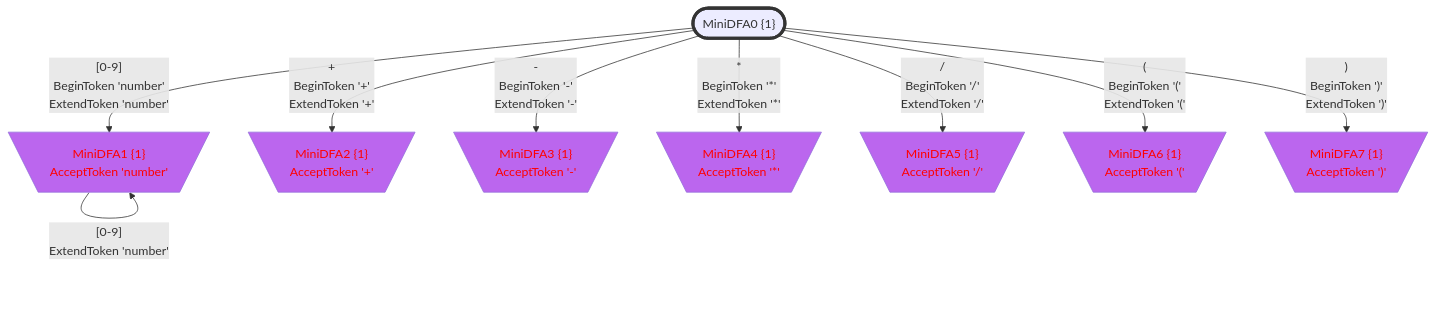
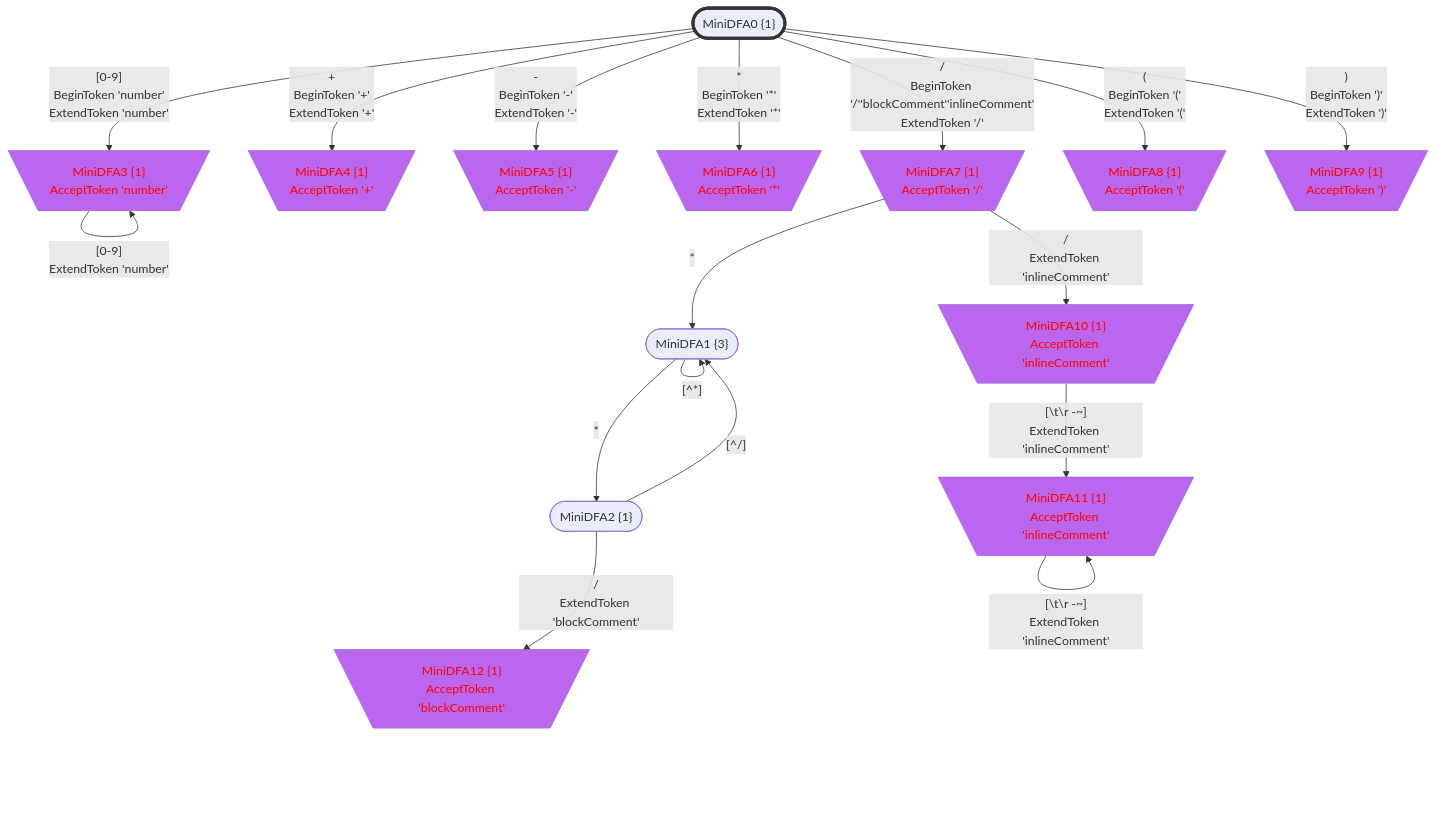
One commit to bitzhuwei/GrammarMentor changed the seventh of 7 diagrams in Practices/Practice.GeneratedXxxFormat.Test/GeneratedCalc/doc/LexicalStates.gen.md. Above: the diagram before and after it, drawn with Mermaid. The commit also changed other lines of this file and 3868 other files, not shown here.

````diff
--- a/Practices/Practice.GeneratedXxxFormat.Test/GeneratedCalc/doc/LexicalStates.gen.md
+++ b/Practices/Practice.GeneratedXxxFormat.Test/GeneratedCalc/doc/LexicalStates.gen.md
@@ -874,50 +1295,73 @@
 classDef c1101 stroke:#333,stroke-width:4px,fill:#BB66EE,color:#FF0000;
 classDef c1110 stroke:#333,stroke-width:4px,fill:#BB66EE,stroke-dasharray: 10 10;
 classDef c1111 stroke:#333,stroke-width:4px,fill:#BB66EE,stroke-dasharray: 10 10,color:#FF0000;
-MiniDFA0_-1091152074(["MiniDFA0 {1}"])
-class MiniDFA0_-1091152074 c1000;
-MiniDFA1_-535935755[\"MiniDFA1 {1}
+MiniDFA0_1938844696(["MiniDFA0 {1}"])
+class MiniDFA0_1938844696 c1000;
+MiniDFA3_-536073564[\"MiniDFA3 {1}
 AcceptToken 'number'"/]
-class MiniDFA1_-535935755 c0101;
-MiniDFA2_1414120990[\"MiniDFA2 {1}
+class MiniDFA3_-536073564 c0101;
+MiniDFA4_-1334831830[\"MiniDFA4 {1}
 AcceptToken '+'"/]
-class MiniDFA2_1414120990 c0101;
-MiniDFA3_43568831[\"MiniDFA3 {1}
+class MiniDFA4_-1334831830 c0101;
+MiniDFA5_935629358[\"MiniDFA5 {1}
 AcceptToken '-'"/]
-class MiniDFA3_43568831 c0101;
-MiniDFA4_1354508476[\"MiniDFA4 {1}
+class MiniDFA5_935629358 c0101;
+MiniDFA6_-115108059[\"MiniDFA6 {1}
 AcceptToken '*'"/]
-class MiniDFA4_1354508476 c0101;
-MiniDFA5_1421150537[\"MiniDFA5 {1}
+class MiniDFA6_-115108059 c0101;
+MiniDFA7_264045022[\"MiniDFA7 {1}
 AcceptToken '/'"/]
-class MiniDFA5_1421150537 c0101;
-MiniDFA6_481334329[\"MiniDFA6 {1}
+class MiniDFA7_264045022 c0101;
+MiniDFA8_2053636133[\"MiniDFA8 {1}
 AcceptToken '('"/]
-class MiniDFA6_481334329 c0101;
-MiniDFA7_1635294136[\"MiniDFA7 {1}
+class MiniDFA8_2053636133 c0101;
+MiniDFA9_521877951[\"MiniDFA9 {1}
 AcceptToken ')'"/]
-class MiniDFA7_1635294136 c0101;
-MiniDFA0_-1091152074 -->|"[0-9]
+class MiniDFA9_521877951 c0101;
+MiniDFA1_-1908093477(["MiniDFA1 {3}"])
+MiniDFA10_1096893112[\"MiniDFA10 {1}
+AcceptToken 'inlineComment'"/]
+class MiniDFA10_1096893112 c0101;
+MiniDFA2_-1226756194(["MiniDFA2 {1}"])
+MiniDFA11_-1136834600[\"MiniDFA11 {1}
+AcceptToken 'inlineComment'"/]
+class MiniDFA11_-1136834600 c0101;
+MiniDFA12_1170201576[\"MiniDFA12 {1}
+AcceptToken 'blockComment'"/]
+class MiniDFA12_1170201576 c0101;
+MiniDFA0_1938844696 -->|"[0-9]
 BeginToken 'number'
-ExtendToken 'number'"|MiniDFA1_-535935755
-MiniDFA0_-1091152074 -->|"+
+ExtendToken 'number'"|MiniDFA3_-536073564
+MiniDFA0_1938844696 -->|"+
 BeginToken '+'
-ExtendToken '+'"|MiniDFA2_1414120990
-MiniDFA0_-1091152074 -->|"-
+ExtendToken '+'"|MiniDFA4_-1334831830
+MiniDFA0_1938844696 -->|"-
 BeginToken '-'
-ExtendToken '-'"|MiniDFA3_43568831
-MiniDFA0_-1091152074 -->|"*
+ExtendToken '-'"|MiniDFA5_935629358
+MiniDFA0_1938844696 -->|"*
 BeginToken '*'
-ExtendToken '*'"|MiniDFA4_1354508476
-MiniDFA0_-1091152074 -->|"/
-BeginToken '/'
-ExtendToken '/'"|MiniDFA5_1421150537
-MiniDFA0_-1091152074 -->|"(
+ExtendToken '*'"|MiniDFA6_-115108059
+MiniDFA0_1938844696 -->|"/
+BeginToken '/''blockComment''inlineComment'
+ExtendToken '/'"|MiniDFA7_264045022
+MiniDFA0_1938844696 -->|"(
 BeginToken '('
-ExtendToken '('"|MiniDFA6_481334329
-MiniDFA0_-1091152074 -->|")
+ExtendToken '('"|MiniDFA8_2053636133
+MiniDFA0_1938844696 -->|")
 BeginToken ')'
-ExtendToken ')'"|MiniDFA7_1635294136
-MiniDFA1_-535935755 -->|"[0-9]
-ExtendToken 'number'"|MiniDFA1_-535935755
+ExtendToken ')'"|MiniDFA9_521877951
+MiniDFA3_-536073564 -->|"[0-9]
+ExtendToken 'number'"|MiniDFA3_-536073564
+MiniDFA7_264045022 -->|"*"|MiniDFA1_-1908093477
+MiniDFA7_264045022 -->|"/
+ExtendToken 'inlineComment'"|MiniDFA10_1096893112
+MiniDFA1_-1908093477 -->|"[^*]"|MiniDFA1_-1908093477
+MiniDFA1_-1908093477 -->|"*"|MiniDFA2_-1226756194
+MiniDFA10_1096893112 -->|"[#92;t#92;r#32;-~]
+ExtendToken 'inlineComment'"|MiniDFA11_-1136834600
+MiniDFA2_-1226756194 -->|"[^/]"|MiniDFA1_-1908093477
+MiniDFA2_-1226756194 -->|"/
+ExtendToken 'blockComment'"|MiniDFA12_1170201576
+MiniDFA11_-1136834600 -->|"[#92;t#92;r#32;-~]
+ExtendToken 'inlineComment'"|MiniDFA11_-1136834600
 ```
````
